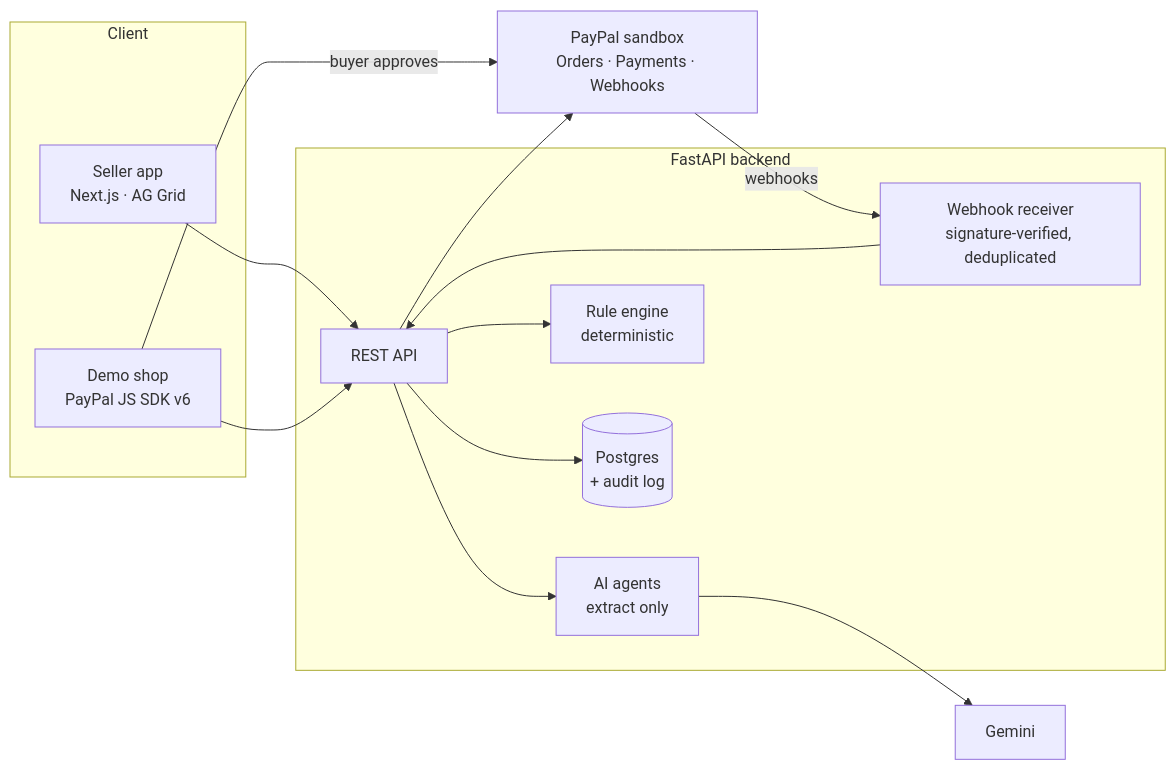
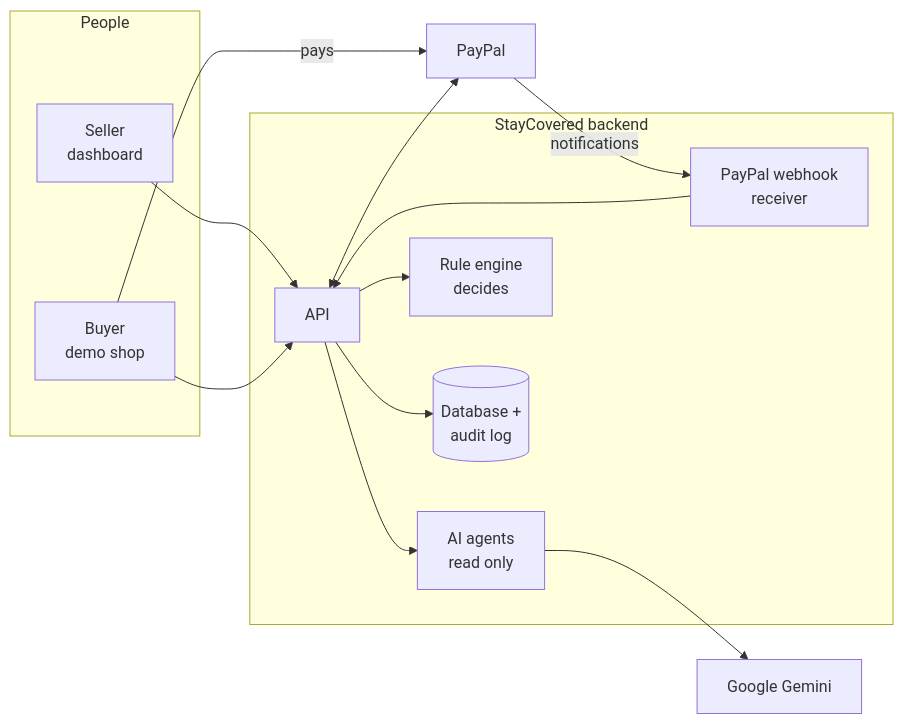
The diagram in README.md (Kiruthigamutharasu/Paypal_Hackathon), drawn with Mermaid before and after one commit. The commit also changed other lines of this file, not shown here.

````diff
--- a/README.md
+++ b/README.md
@@ -57,25 +155,25 @@
 ```mermaid
 flowchart LR
-  subgraph Client
-    SA[Seller app<br/>Next.js · AG Grid]
-    DS[Demo shop<br/>PayPal JS SDK v6]
+  subgraph People
+    S[Seller<br/>dashboard]
+    B[Buyer<br/>demo shop]
   end
-  subgraph Backend[FastAPI backend]
-    API[REST API]
-    WH[Webhook receiver<br/>signature-verified, deduplicated]
-    AG[AI agents<br/>extract only]
-    RU[Rule engine<br/>deterministic]
-    DB[(Postgres<br/>+ audit log)]
+  subgraph StayCovered[StayCovered backend]
+    API[API]
+    WH[PayPal webhook<br/>receiver]
+    AI[AI agents<br/>read only]
+    RU[Rule engine<br/>decides]
+    DB[(Database +<br/>audit log)]
   end
-  PP[PayPal sandbox<br/>Orders · Payments · Webhooks]
-  LLM[Gemini]
+  PP[PayPal]
+  G[Google Gemini]
 
-  SA --> API
-  DS --> API
-  DS -->|buyer approves| PP
-  API --> PP
-  PP -->|webhooks| WH --> API
-  API --> AG --> LLM
+  S --> API
+  B --> API
+  B -->|pays| PP
+  API <--> PP
+  PP -->|notifications| WH --> API
+  API --> AI --> G
   API --> RU
   API --> DB
 ```
````
